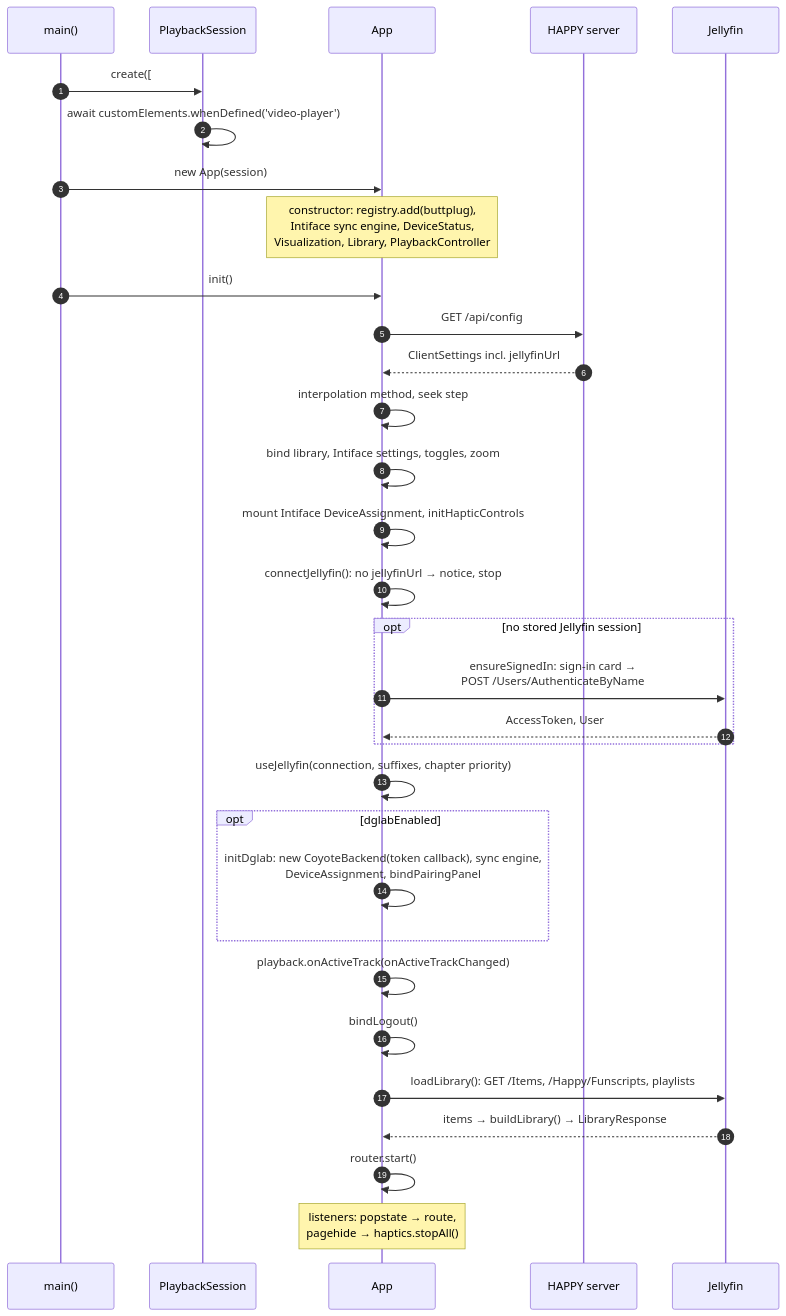
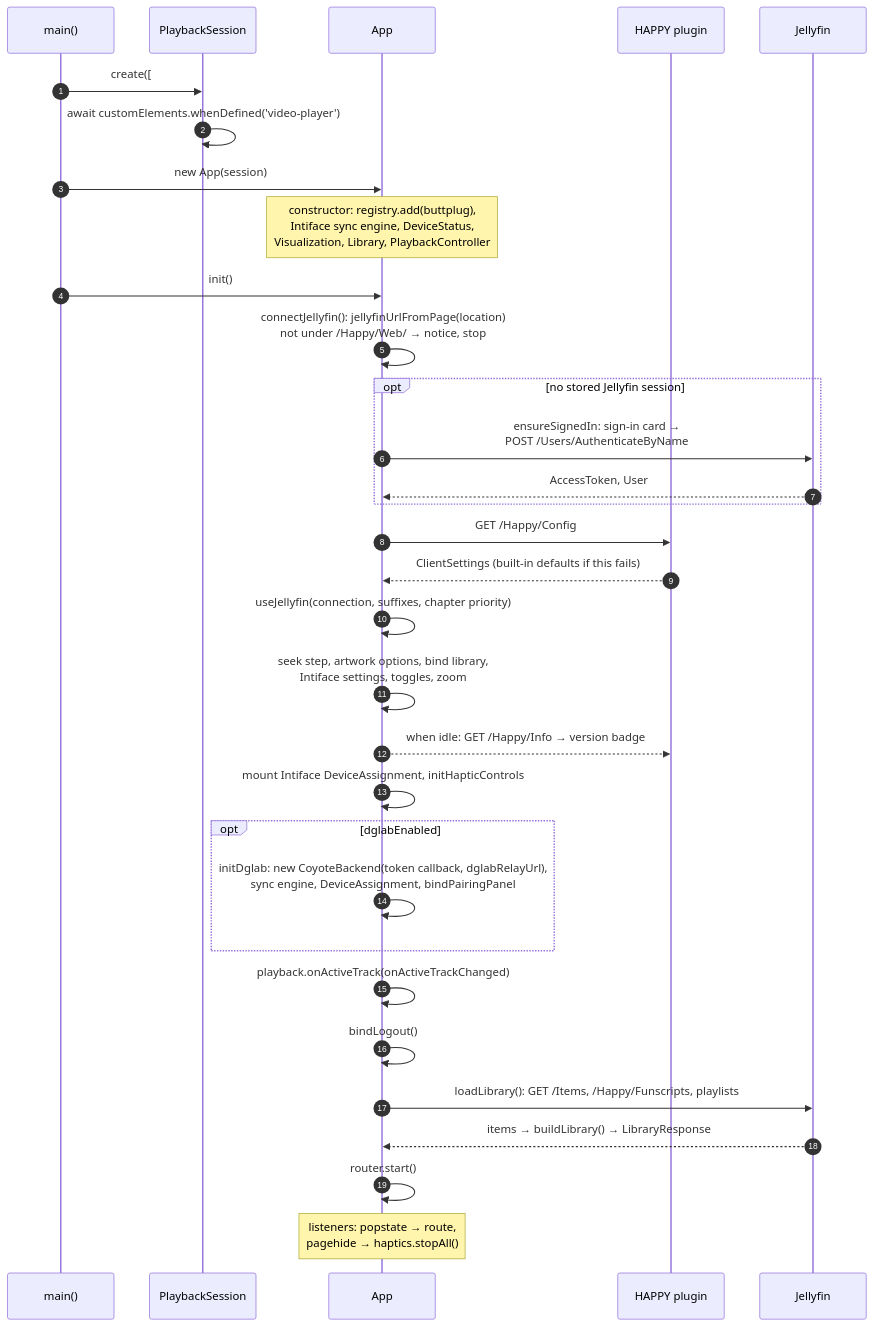
One commit to lumbar-spine-support/docker-haptic-player changed the second of 5 diagrams in docs/developer/client.md. Above: the diagram before and after it, drawn with Mermaid. The commit also changed other lines of this file and 54 other files, not shown here.

First line of the commit message:
feat!: remove the HAPPY Node server

````diff
--- a/docs/developer/client.md
+++ b/docs/developer/client.md
@@ -65,35 +65,35 @@
 ```mermaid
 sequenceDiagram
   autonumber
   participant M as main()
   participant PS as PlaybackSession
   participant A as App
-  participant S as HAPPY server
+  participant P as HAPPY plugin
   participant J as Jellyfin
 
   M->>PS: create([#player-slot-a, #player-slot-b])
   PS->>PS: await customElements.whenDefined('video-player')
   M->>A: new App(session)
   Note over A: constructor: registry.add(buttplug),<br/>Intiface sync engine, DeviceStatus,<br/>Visualization, Library, PlaybackController
   M->>A: init()
-  A->>S: GET /api/config
-  S-->>A: ClientSettings incl. jellyfinUrl
-  A->>A: interpolation method, seek step
-  A->>A: bind library, Intiface settings, toggles, zoom
-  A->>A: mount Intiface DeviceAssignment, initHapticControls
-  A->>A: connectJellyfin(): no jellyfinUrl → notice, stop
+  A->>A: connectJellyfin(): jellyfinUrlFromPage(location)<br/>not under /Happy/Web/ → notice, stop
   opt no stored Jellyfin session
     A->>J: ensureSignedIn: sign-in card →<br/>POST /Users/AuthenticateByName
     J-->>A: AccessToken, User
   end
+  A->>P: GET /Happy/Config
+  P-->>A: ClientSettings (built-in defaults if this fails)
   A->>A: useJellyfin(connection, suffixes, chapter priority)
+  A->>A: seek step, artwork options, bind library,<br/>Intiface settings, toggles, zoom
+  A-->>P: when idle: GET /Happy/Info → version badge
+  A->>A: mount Intiface DeviceAssignment, initHapticControls
   opt dglabEnabled
-    A->>A: initDglab: new CoyoteBackend(token callback), sync engine,<br/>DeviceAssignment, bindPairingPanel
+    A->>A: initDglab: new CoyoteBackend(token callback, dglabRelayUrl),<br/>sync engine, DeviceAssignment, bindPairingPanel
   end
   A->>A: playback.onActiveTrack(onActiveTrackChanged)
   A->>A: bindLogout()
   A->>J: loadLibrary(): GET /Items, /Happy/Funscripts, playlists
   J-->>A: items → buildLibrary() → LibraryResponse
   A->>A: router.start()
   Note over A: listeners: popstate → route,<br/>pagehide → haptics.stopAll()
 ```
````
